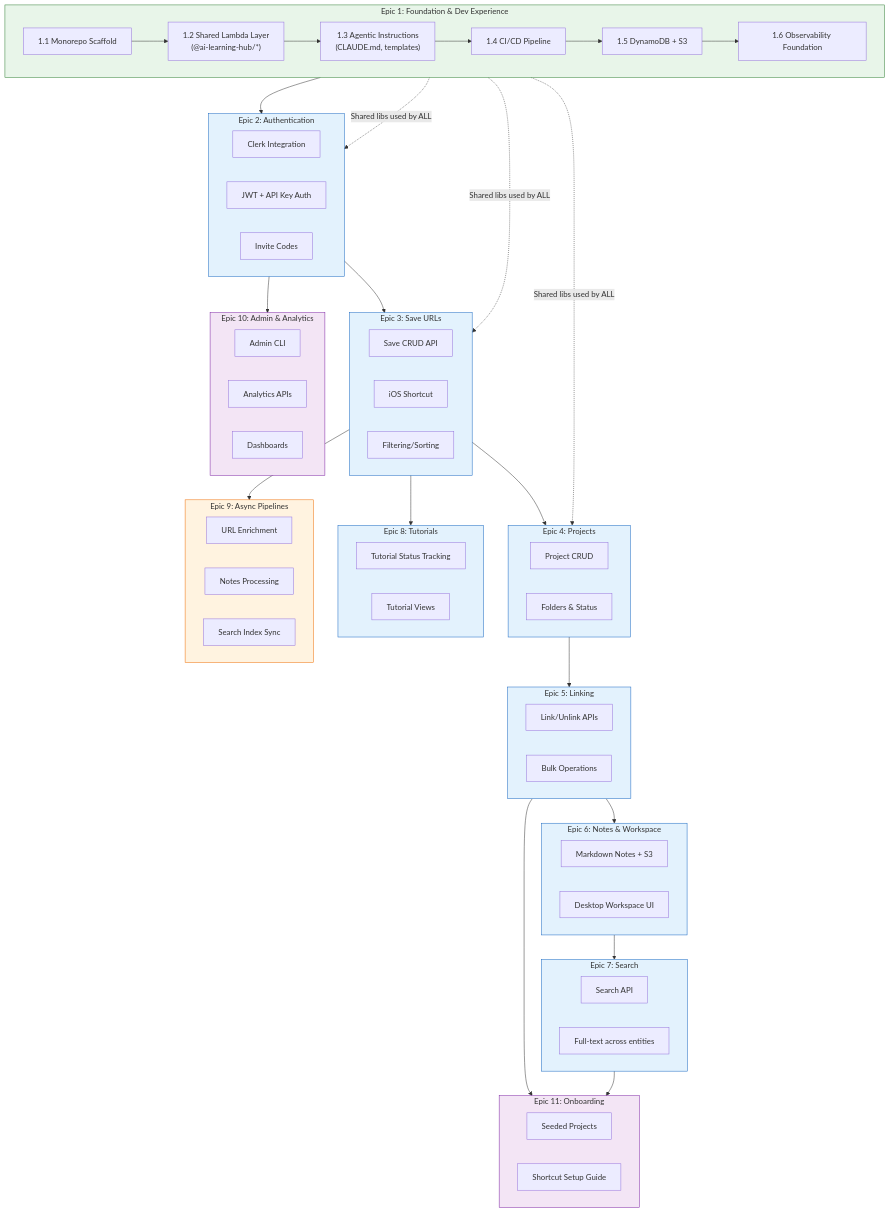
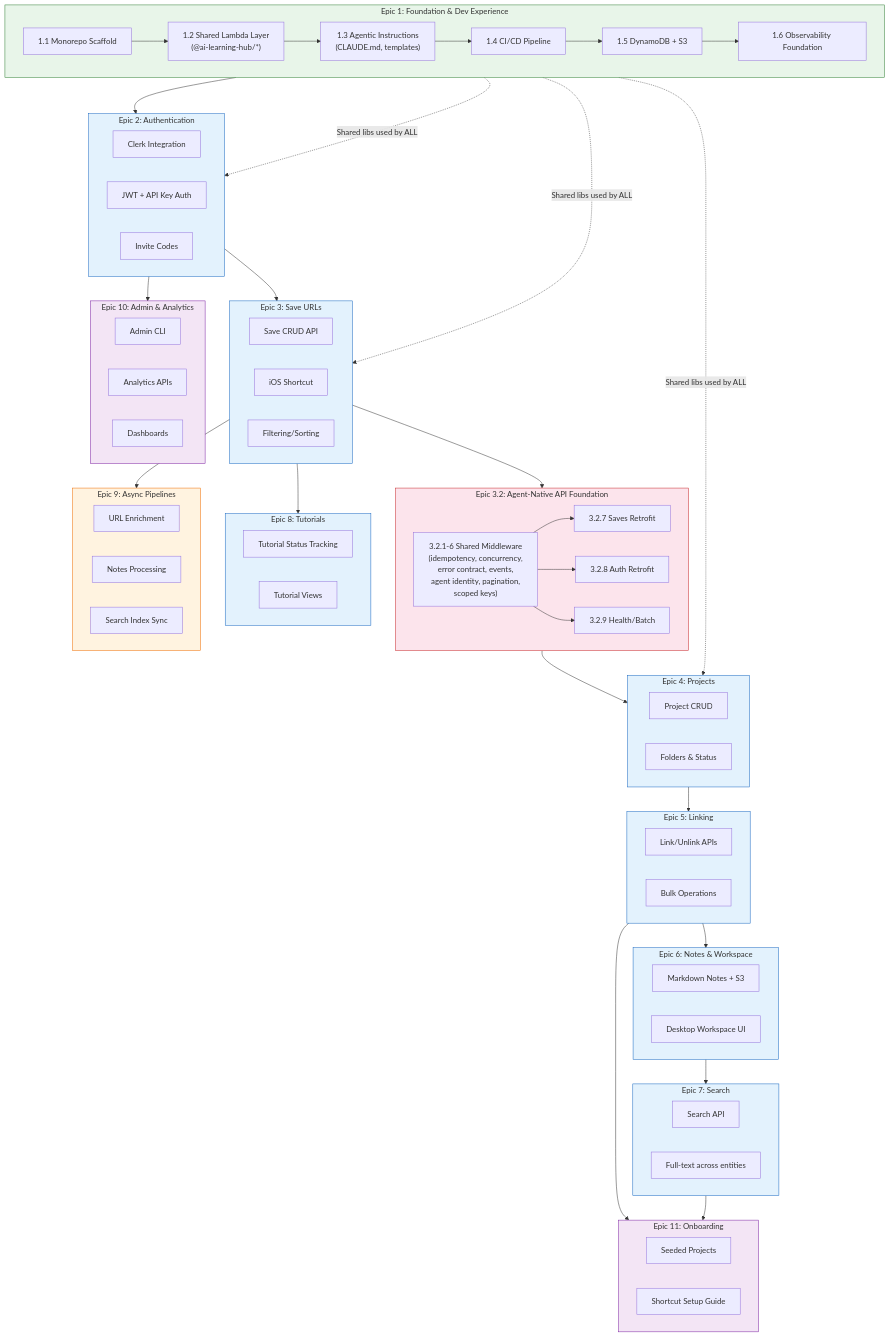
Before and after one commit to cirruslycurious/ai-learning-hub: the diagram in _bmad-output/planning-artifacts/epics.md, drawn with Mermaid. The commit also changed other lines of this file and 15 other files, not shown here.

````diff
--- a/_bmad-output/planning-artifacts/epics.md
+++ b/_bmad-output/planning-artifacts/epics.md
@@ -417,6 +432,17 @@
         S1["Save CRUD API"]
         S2["iOS Shortcut"]
         S3["Filtering/Sorting"]
+    end
+
+    subgraph AgentNative["Epic 3.2: Agent-Native API Foundation"]
+        AN1["3.2.1-6 Shared Middleware<br/>(idempotency, concurrency,<br/>error contract, events,<br/>agent identity, pagination,<br/>scoped keys)"]
+        AN2["3.2.7 Saves Retrofit"]
+        AN3["3.2.8 Auth Retrofit"]
+        AN4["3.2.9 Health/Batch"]
+
+        AN1 --> AN2
+        AN1 --> AN3
+        AN1 --> AN4
     end
 
     subgraph Projects["Epic 4: Projects"]
@@ -464,7 +490,8 @@
     %% Core Dependencies
     Foundation --> Auth
     Auth --> Saves
-    Saves --> Projects
+    Saves --> AgentNative
+    AgentNative --> Projects
     Projects --> Linking
     Linking --> Notes
     Notes --> Search
@@ -486,11 +513,13 @@
     %% Styling
     classDef foundation fill:#e8f5e9,stroke:#2e7d32
     classDef userValue fill:#e3f2fd,stroke:#1565c0
+    classDef agentNative fill:#fce4ec,stroke:#c62828
     classDef intelligence fill:#fff3e0,stroke:#ef6c00
     classDef ops fill:#f3e5f5,stroke:#7b1fa2
 
     class Foundation foundation
     class Auth,Saves,Projects,Linking,Notes,Search,Tutorials userValue
+    class AgentNative agentNative
     class Pipelines intelligence
     class Admin,Onboarding ops
 ```
````
